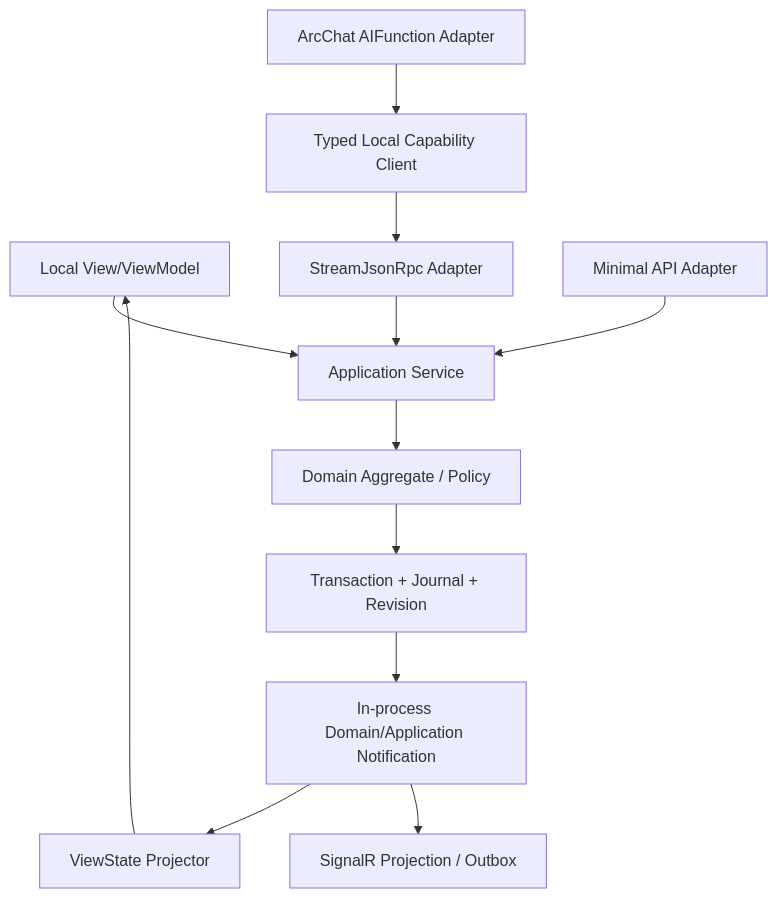
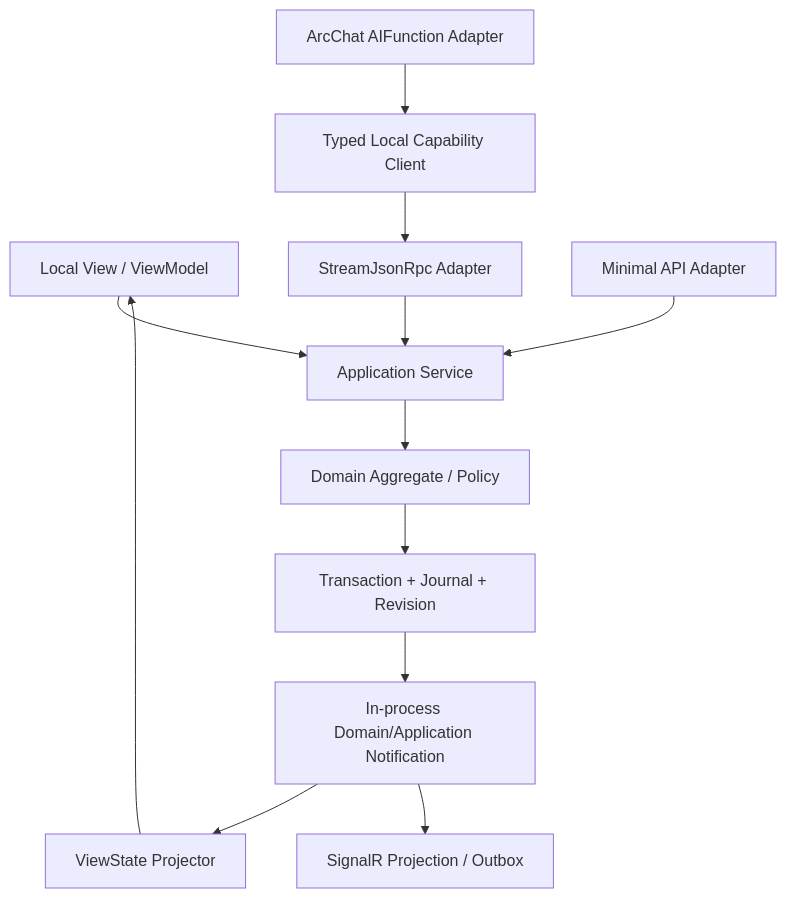
The second of 4 diagrams in docs/inputs/platform-architecture-concept.md (ArcForges/ArcForges-Design), drawn with Mermaid before and after one commit. The commit also changed other lines of this file and 3 other files, not shown here.

````diff
--- a/docs/inputs/platform-architecture-concept.md
+++ b/docs/inputs/platform-architecture-concept.md
@@ -352,14 +352,14 @@
 ```mermaid
 flowchart TB
-    UI["Local View/ViewModel"] --> AS["Application Service"]
+    UI["Local View / ViewModel"] --> AS["Application Service"]
     LocalRpc["StreamJsonRpc Adapter"] --> AS
     Http["Minimal API Adapter"] --> AS
     Agent["ArcChat AIFunction Adapter"] --> Cap["Typed Local Capability Client"]
     Cap --> LocalRpc
     AS --> Domain["Domain Aggregate / Policy"]
     Domain --> Tx["Transaction + Journal + Revision"]
     Tx --> Event["In-process Domain/Application Notification"]
     Event --> Projector["ViewState Projector"]
     Event --> Realtime["SignalR Projection / Outbox"]
     Projector --> UI
 ```
````
